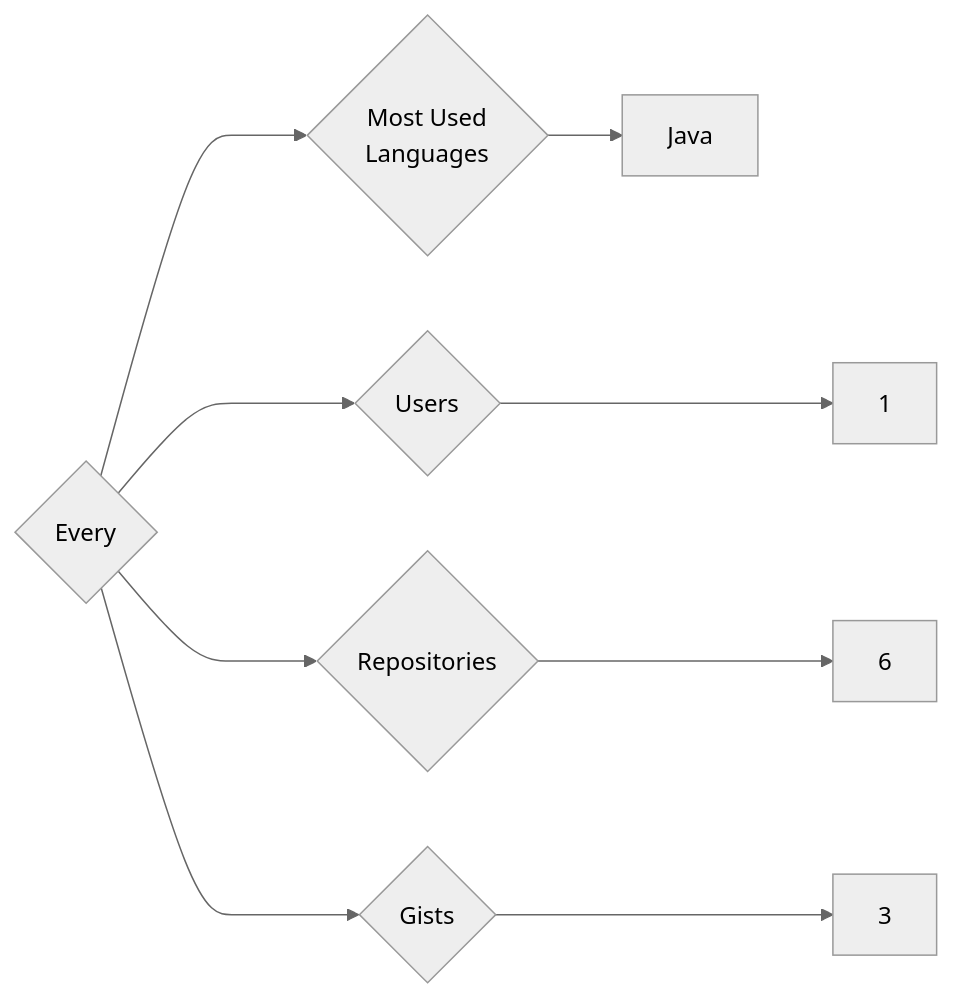
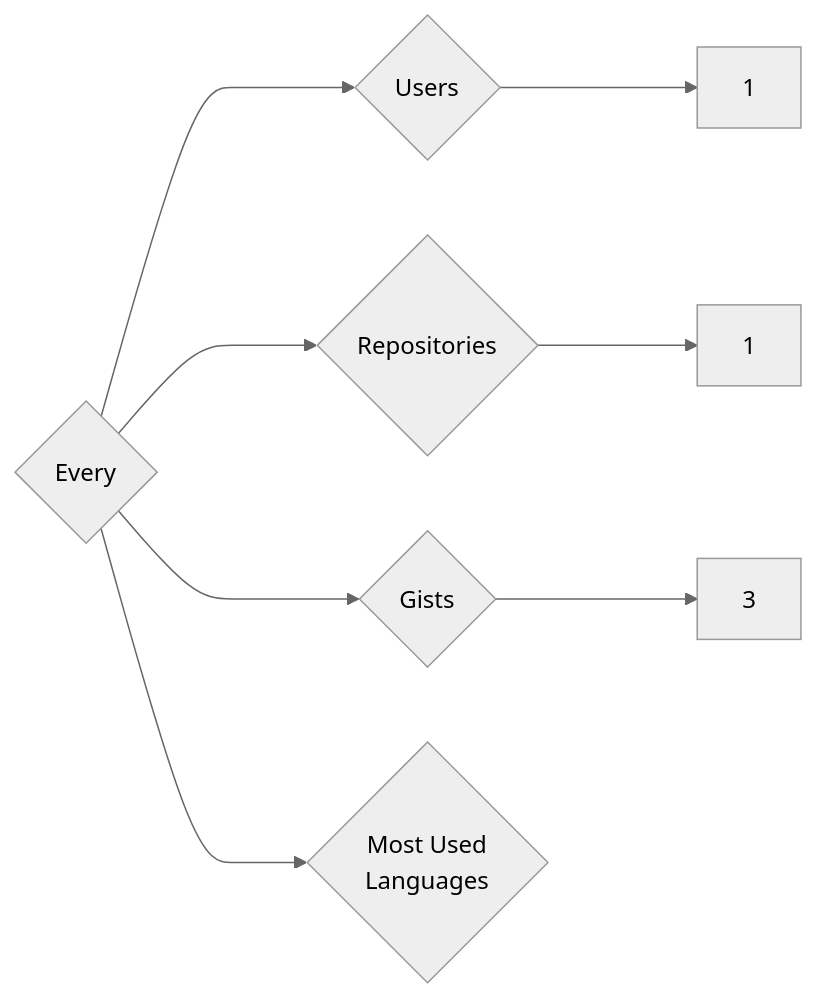
The diagram in targets/Every/README.md (trickest/insiders), drawn with Mermaid (neutral theme) before and after one commit. The commit also changed 783 other files, not shown here.

````diff
--- a/targets/Every/README.md
+++ b/targets/Every/README.md
@@ -3,9 +3,8 @@
 ```mermaid
 graph LR
 COMPANY_NAME{Every}
 COMPANY_NAME ---> U{Users} ---> UN[1]
-COMPANY_NAME ---> R{Repositories} ---> RN[6]
+COMPANY_NAME ---> R{Repositories} ---> RN[1]
 COMPANY_NAME ---> G{Gists} ---> GN[3]
 COMPANY_NAME ---> ML{Most Used<br>Languages}
-ML --> Java[Java]
 ```
````
